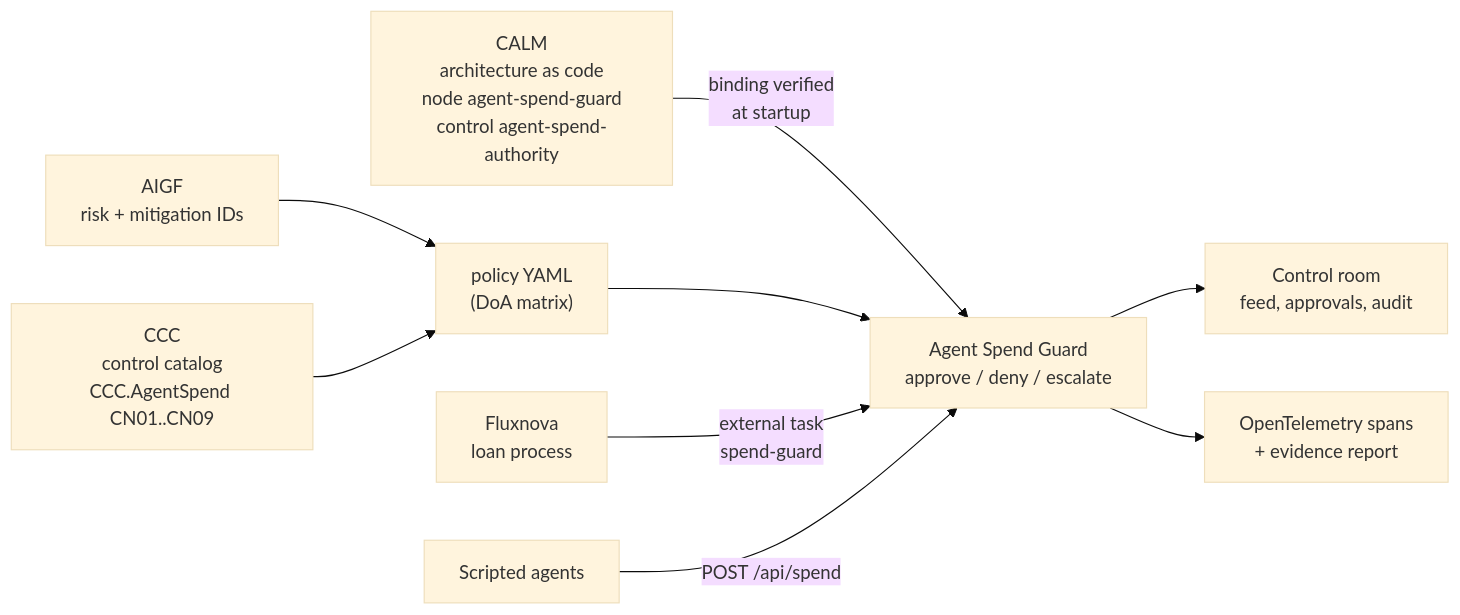
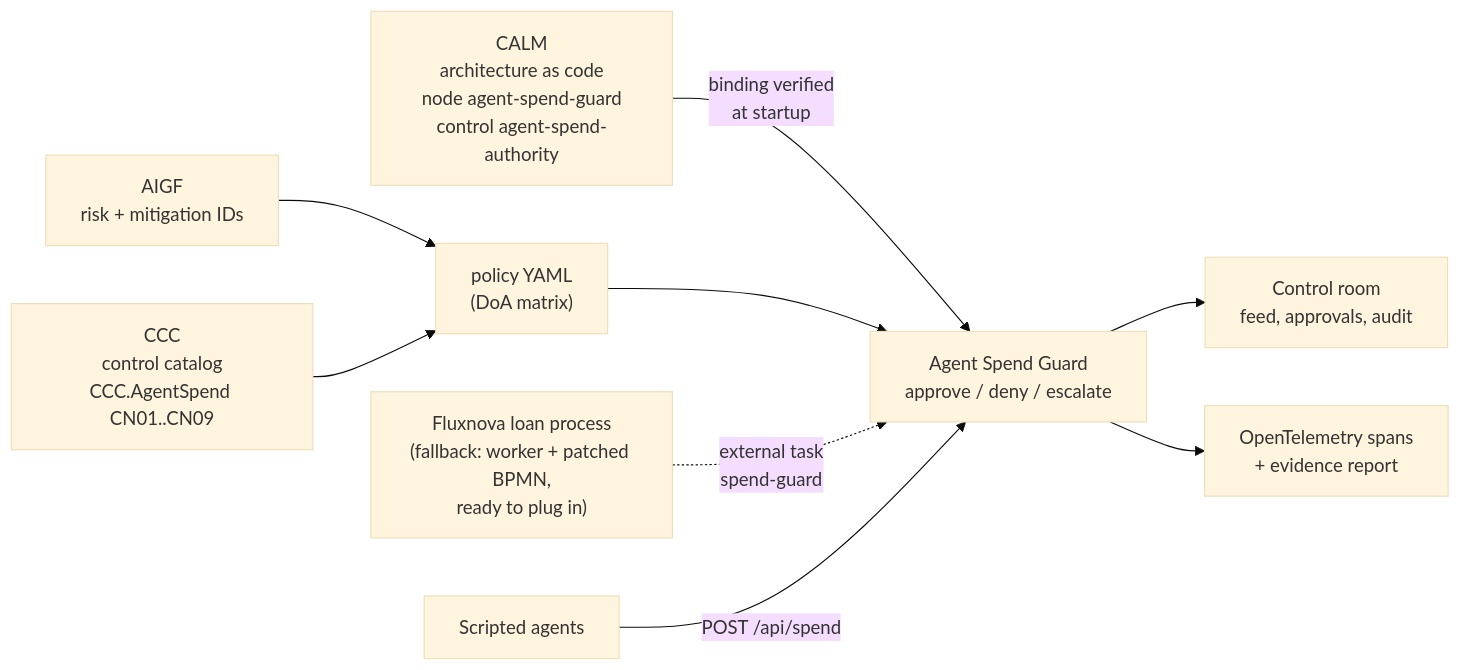
The diagram in README.md (finos-hack/fall-hackathon-2026-gamma), drawn with Mermaid (base theme) before and after one commit. The commit also changed other lines of this file and 4 other files, not shown here.

Commit message:
docs: cut T2 live LLM mode, tidy README/pitch/demo wording, Fluxnova described as fallback

````diff
--- a/README.md
+++ b/README.md
@@ -16,11 +16,11 @@
 ```mermaid
 flowchart LR
     AIGF["AIGF<br/>risk + mitigation IDs"] --> POL
     CCC["CCC<br/>control catalog<br/>CCC.AgentSpend CN01..CN09"] --> POL
     CALM["CALM<br/>architecture as code<br/>node agent-spend-guard<br/>control agent-spend-authority"] -->|"binding verified<br/>at startup"| G
     POL["policy YAML<br/>(DoA matrix)"] --> G
-    FLX["Fluxnova<br/>loan process"] -->|"external task<br/>spend-guard"| G
+    FLX["Fluxnova loan process<br/>(fallback: worker + patched BPMN,<br/>ready to plug in)"] -.->|"external task<br/>spend-guard"| G
     AG["Scripted agents"] -->|"POST /api/spend"| G
     G["Agent Spend Guard<br/>approve / deny / escalate"] --> UI["Control room<br/>feed, approvals, audit"]
     G --> OTEL["OpenTelemetry spans<br/>+ evidence report"]
 ```
````
